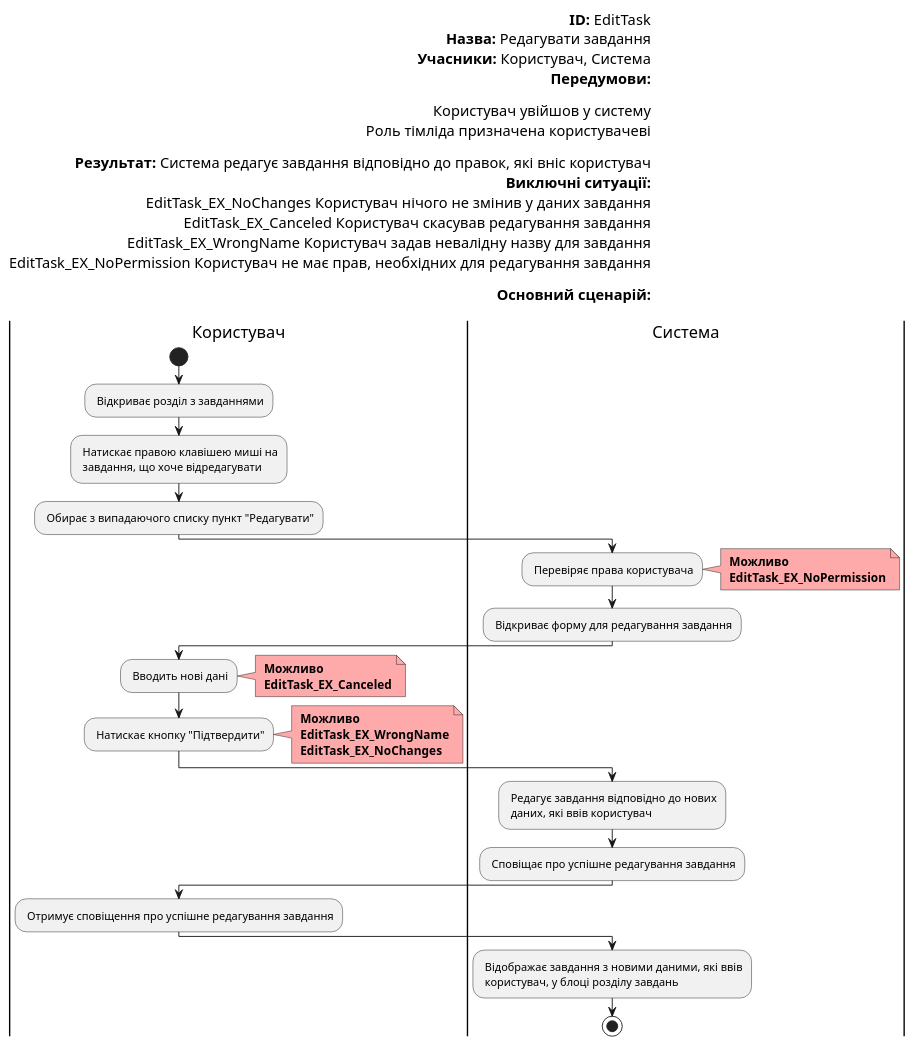
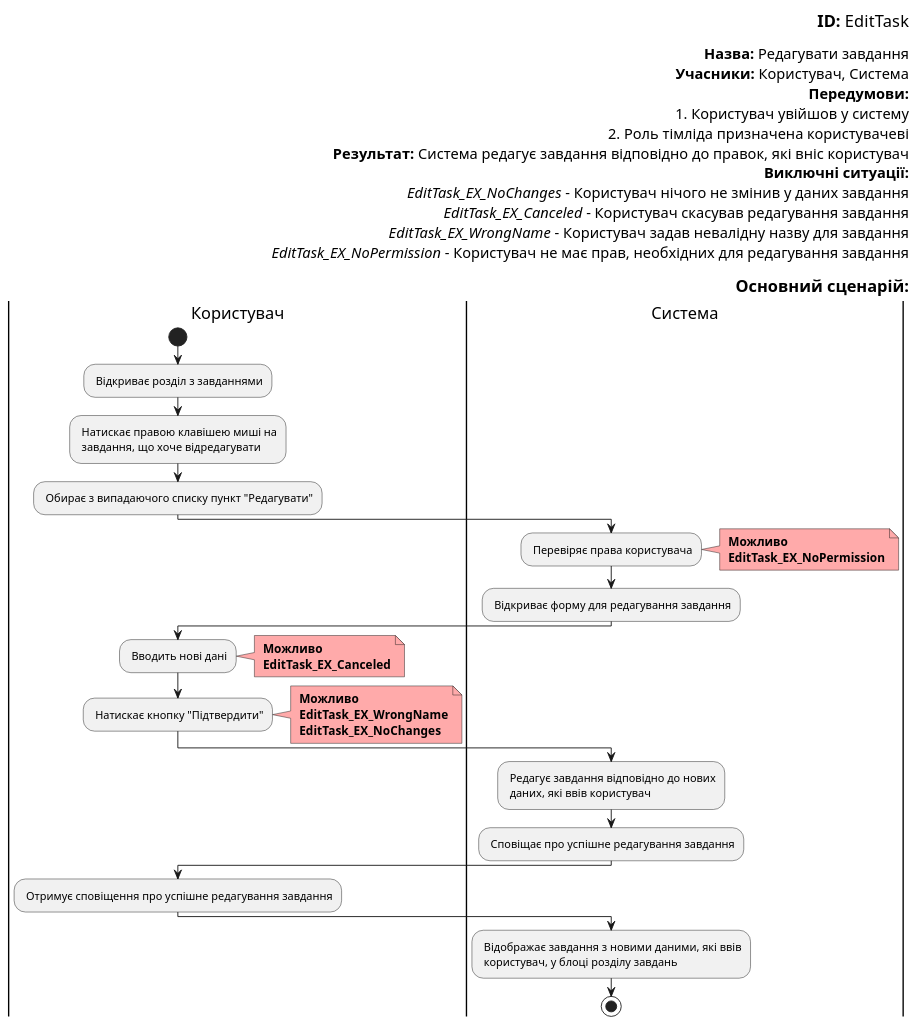
Before and after one commit to boldak/edu-db-cw: diagram 13 of 19 in docs/use cases/README.md, drawn with PlantUML. The commit also changed other lines of this file, not shown here.

```diff
--- a/docs/use cases/README.md
+++ b/docs/use cases/README.md
@@ -753,71 +754,69 @@
 @startuml
 
-    left header        
-        <font color=000 size=16><b>ID:</b> EditTask
+    right header        
+        <font color=000 size=18><b>ID:</b> EditTask
+
         <font color=000 size=16><b>Назва:</b> Редагувати завдання
         <font color=000 size=16><b>Учасники:</b> Користувач, Система
         <font color=000 size=16><b>Передумови:</b>
-
-        <font color=000 size=16> Користувач увійшов у систему
-        <font color=000 size=16> Роль тімліда призначена користувачеві
-        
+        <font color=000 size=16> 1. Користувач увійшов у систему
+        <font color=000 size=16> 2. Роль тімліда призначена користувачеві
         <font color=000 size=16><b>Результат:</b> Система редагує завдання відповідно до правок, які вніс користувач
         <font color=000 size=16><b>Виключні ситуації:</b>
-        <font color=000 size=16> EditTask_EX_NoChanges Користувач нічого не змінив у даних завдання
-        <font color=000 size=16> EditTask_EX_Canceled Користувач скасував редагування завдання
-        <font color=000 size=16> EditTask_EX_WrongName Користувач задав невалідну назву для завдання
-        <font color=000 size=16> EditTask_EX_NoPermission Користувач не має прав, необхідних для редагування завдання
+        <font color=000 size=16><i>EditTask_EX_NoChanges</i> - Користувач нічого не змінив у даних завдання
+        <font color=000 size=16><i>EditTask_EX_Canceled</i> - Користувач скасував редагування завдання
+        <font color=000 size=16><i>EditTask_EX_WrongName</i> - Користувач задав невалідну назву для завдання
+        <font color=000 size=16><i>EditTask_EX_NoPermission</i> - Користувач не має прав, необхідних для редагування завдання
         
-        <font color=000 size=16><b>Основний сценарій:</b>
-        
+        <font color=000 size=18><b>Основний сценарій:</b>
     end header
     
     |Користувач|
     start
     : Відкриває розділ з завданнями;
     
     |Користувач|
     : Натискає правою клавішею миші на\n завдання, що хоче відредагувати;
     
     |Користувач|
     : Обирає з випадаючого списку пункт "Редагувати";
     
     |Система|
     : Перевіряє права користувача;
     note right #ffaaaa
     <b> Можливо
     <b> EditTask_EX_NoPermission
     end note
         
     |Система|
     : Відкриває форму для редагування завдання;
         
     |Користувач|
     : Вводить нові дані;
     note right #ffaaaa
     <b> Можливо
     <b> EditTask_EX_Canceled
     end note
     
     |Користувач|
     : Натискає кнопку "Підтвердити";
     note right #ffaaaa
     <b> Можливо
     <b> EditTask_EX_WrongName
     <b> EditTask_EX_NoChanges
     end note
     
     |Система|
     : Редагує завдання відповідно до нових\n даних, які ввів користувач;
     
     |Система|
     : Сповіщає про успішне редагування завдання;
     
     |Користувач|
     : Отримує сповіщення про успішне редагування завдання;
     
     |Система|
     : Відображає завдання з новими даними, які ввів\n користувач, у блоці розділу завдань;
     stop;
     
 @enduml
```
